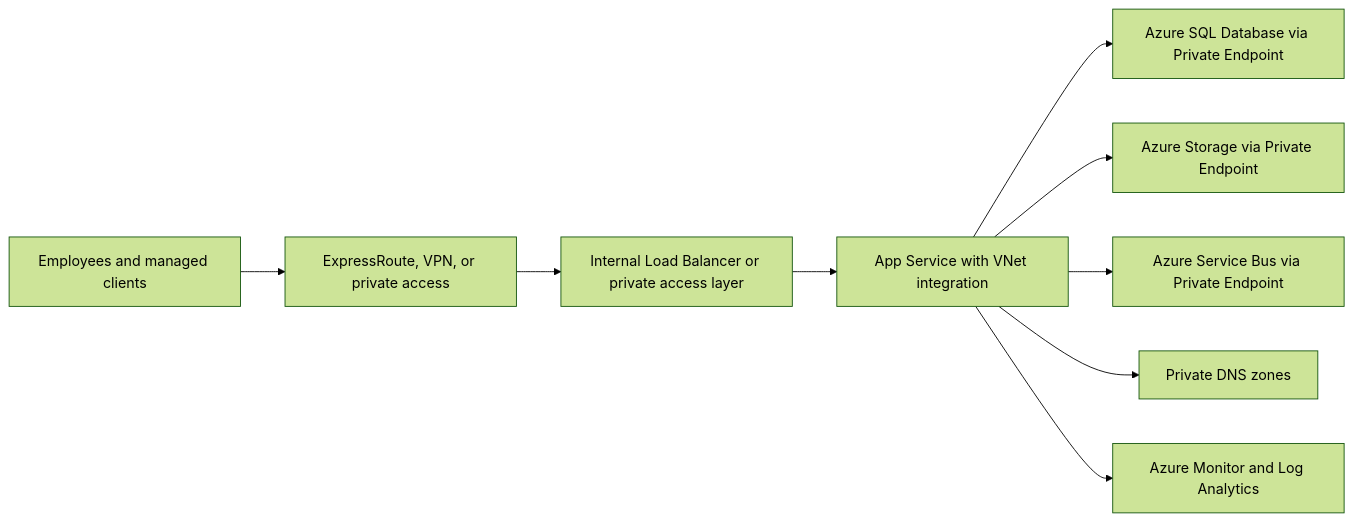
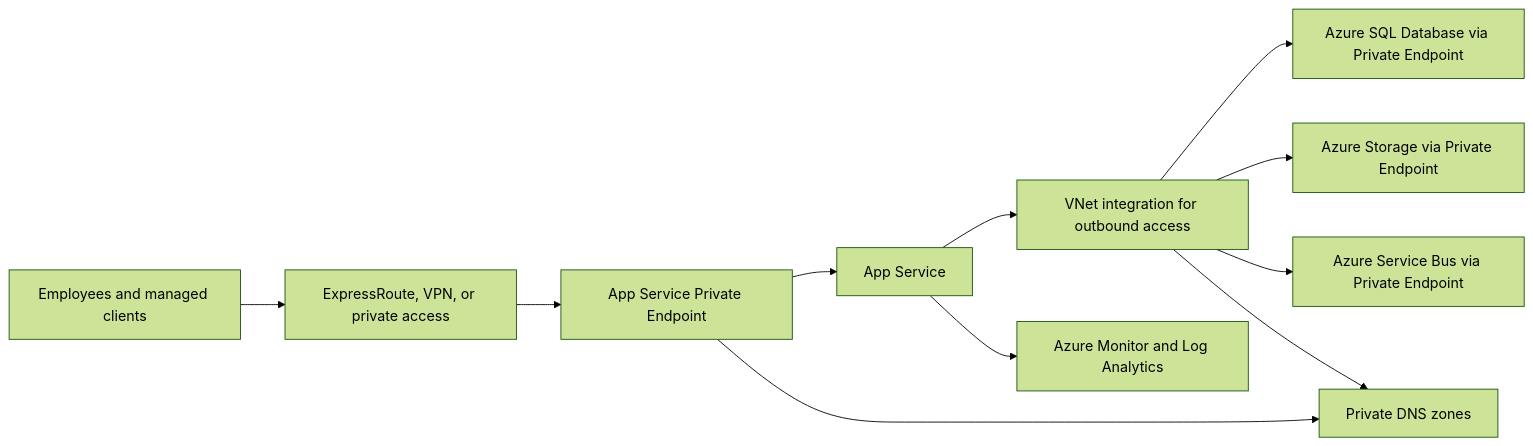
One commit to yeongseon/azure-architecture-practical-guide changed the diagram in docs/workload-guides/private-internal-app/baseline.md. Above: the diagram before and after it, drawn with Mermaid (forest theme). The commit also changed other lines of this file and 31 other files, not shown here.

````diff
--- a/docs/workload-guides/private-internal-app/baseline.md
+++ b/docs/workload-guides/private-internal-app/baseline.md
@@ -20,19 +22,22 @@
 ```mermaid
 flowchart LR
     Users[Employees and managed clients]
     Conn[ExpressRoute, VPN, or private access]
-    ILB[Internal Load Balancer or private access layer]
-    App[App Service with VNet integration]
+    PE[App Service Private Endpoint]
+    App[App Service]
+    VNet[VNet integration for outbound access]
     SQL[Azure SQL Database via Private Endpoint]
     Storage[Azure Storage via Private Endpoint]
     Bus[Azure Service Bus via Private Endpoint]
     DNS[Private DNS zones]
     Monitor[Azure Monitor and Log Analytics]
 
-    Users --> Conn --> ILB --> App
-    App --> SQL
-    App --> Storage
-    App --> Bus
-    App --> DNS
+    Users --> Conn --> PE --> App
+    App --> VNet
+    VNet --> SQL
+    VNet --> Storage
+    VNet --> Bus
+    PE --> DNS
+    VNet --> DNS
     App --> Monitor
 ```
````
